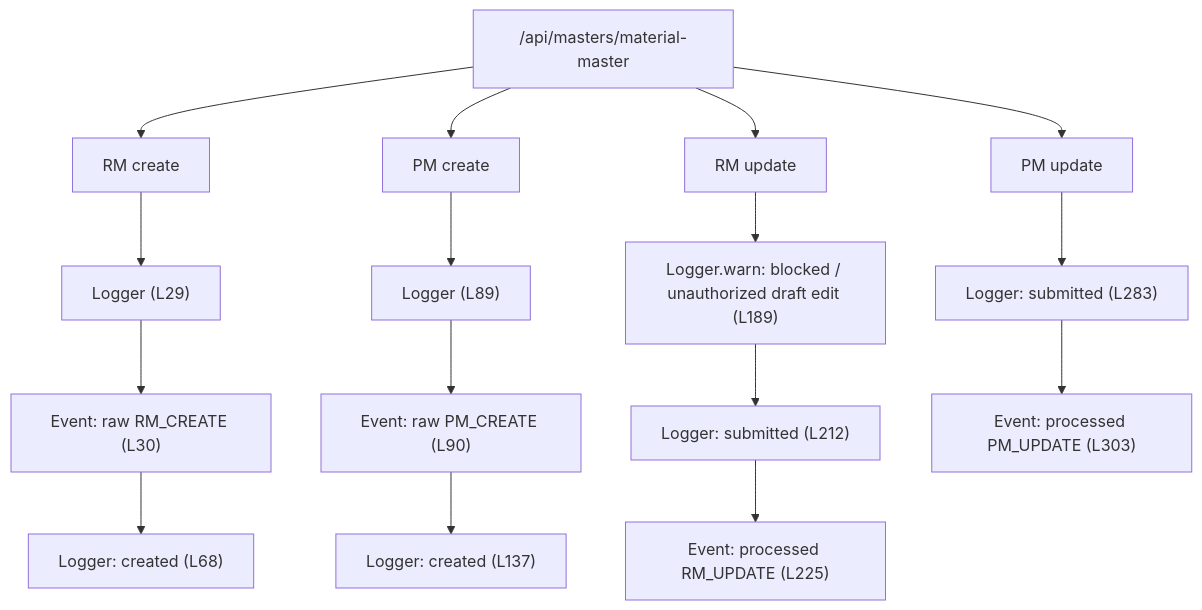
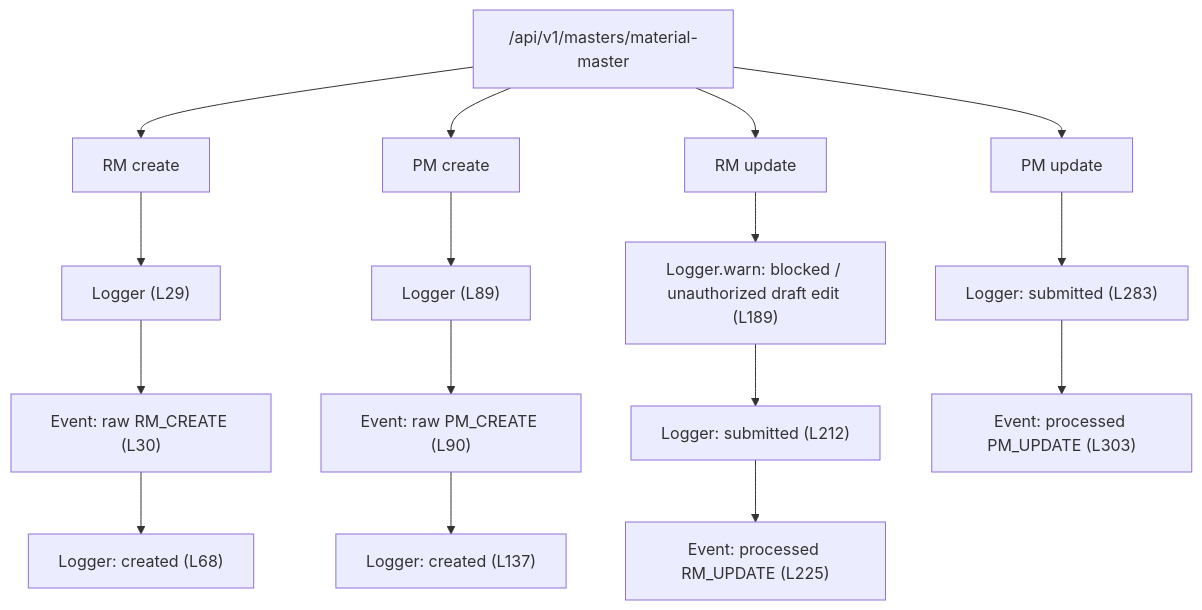
Before and after one commit to ERP-PreFg-Admin/ERP-Prefg-Tool: the fifth of 10 diagrams in erp_project/docs/interaction-logging-map.md, drawn with Mermaid. The commit also changed other lines of this file and 96 other files, not shown here.

````diff
--- a/erp_project/docs/interaction-logging-map.md
+++ b/erp_project/docs/interaction-logging-map.md
@@ -145,7 +145,7 @@
 ```mermaid
 flowchart TD
-    P["/api/masters/material-master"] --> RMc["RM create"] --> L1["Logger (L29)"] --> E1["Event: raw RM_CREATE (L30)"] --> L2["Logger: created (L68)"]
+    P["/api/v1/masters/material-master"] --> RMc["RM create"] --> L1["Logger (L29)"] --> E1["Event: raw RM_CREATE (L30)"] --> L2["Logger: created (L68)"]
     P --> PMc["PM create"] --> L3["Logger (L89)"] --> E2["Event: raw PM_CREATE (L90)"] --> L4["Logger: created (L137)"]
     P --> RMu["RM update"] --> LBlk["Logger.warn: blocked / unauthorized draft edit (L189)"] --> L5["Logger: submitted (L212)"] --> E3["Event: processed RM_UPDATE (L225)"]
     P --> PMu["PM update"] --> L6["Logger: submitted (L283)"] --> E4["Event: processed PM_UPDATE (L303)"]
 ```
````
